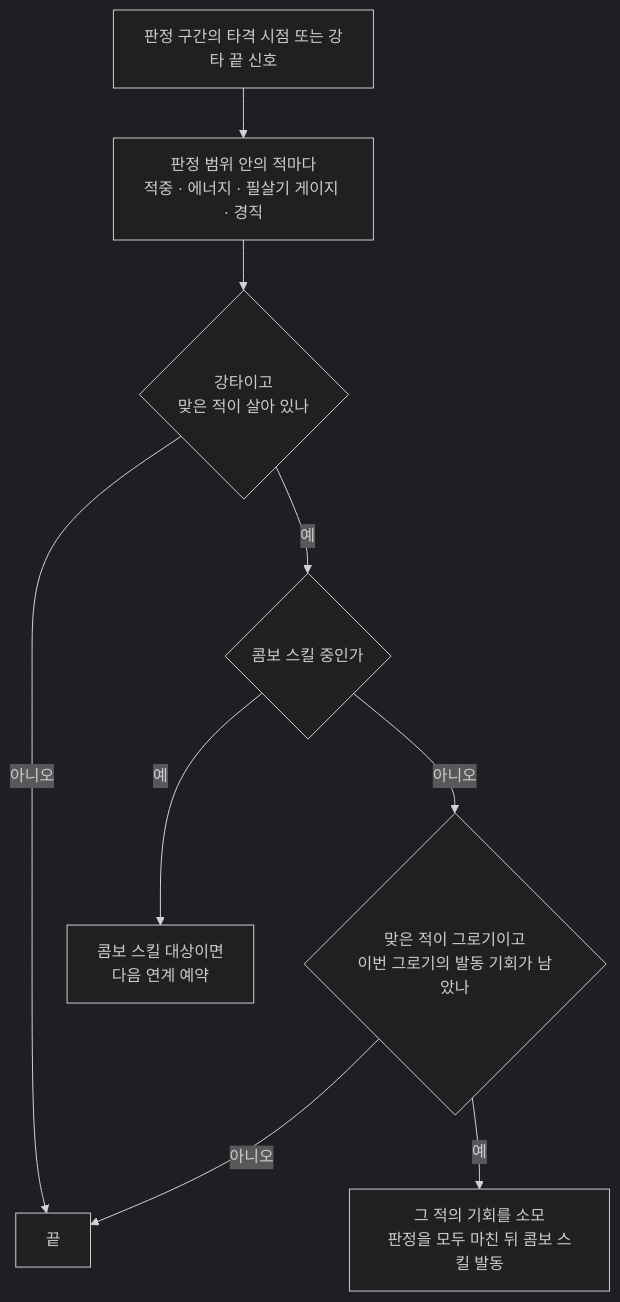
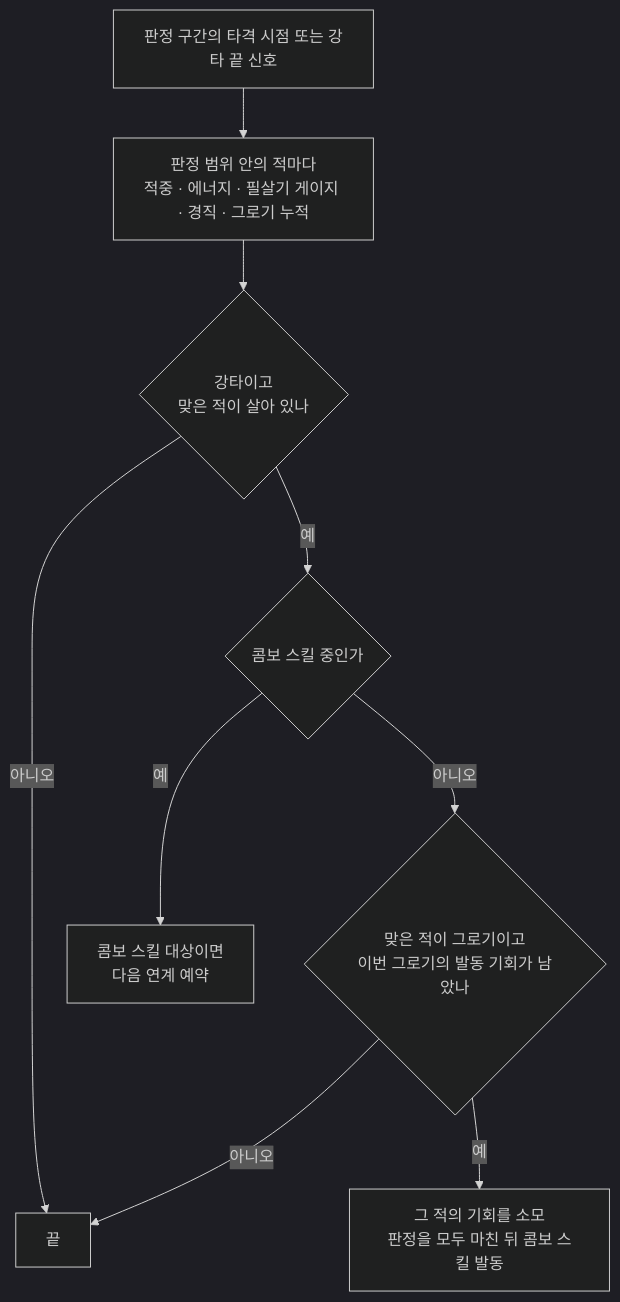
The first of 2 diagrams in Docs/Technical/Player/PlayerComboSkill.md (SquashPrince/Develrocket_mp15_HHH), drawn with Mermaid (dark theme) before and after one commit. The commit also changed other lines of this file and 28 other files, not shown here.

First line of the commit message:
[Feat] 적 그로기 게이지 및 적 공통 규칙 정리

````diff
--- a/Docs/Technical/Player/PlayerComboSkill.md
+++ b/Docs/Technical/Player/PlayerComboSkill.md
@@ -32,11 +31,11 @@
 ```mermaid
 flowchart TD
-    H["판정 구간의 타격 시점 또는 강타 끝 신호"] --> J["판정 범위 안의 적마다<br>적중 · 에너지 · 필살기 게이지 · 경직"]
+    H["판정 구간의 타격 시점 또는 강타 끝 신호"] --> J["판정 범위 안의 적마다<br>적중 · 에너지 · 필살기 게이지 · 경직 · 그로기 누적"]
     J --> I{"강타이고<br>맞은 적이 살아 있나"}
     I -->|"아니오"| N["끝"]
     I -->|"예"| A{"콤보 스킬 중인가"}
     A -->|"예"| Q["콤보 스킬 대상이면<br>다음 연계 예약"]
     A -->|"아니오"| G{"맞은 적이 그로기이고<br>이번 그로기의 발동 기회가 남았나"}
     G -->|"아니오"| N
     G -->|"예"| U["그 적의 기회를 소모<br>판정을 모두 마친 뒤 콤보 스킬 발동"]
 ```
````
